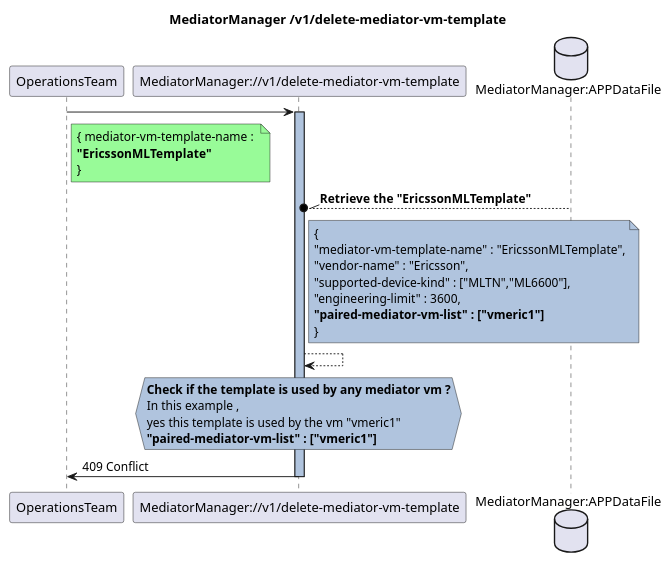
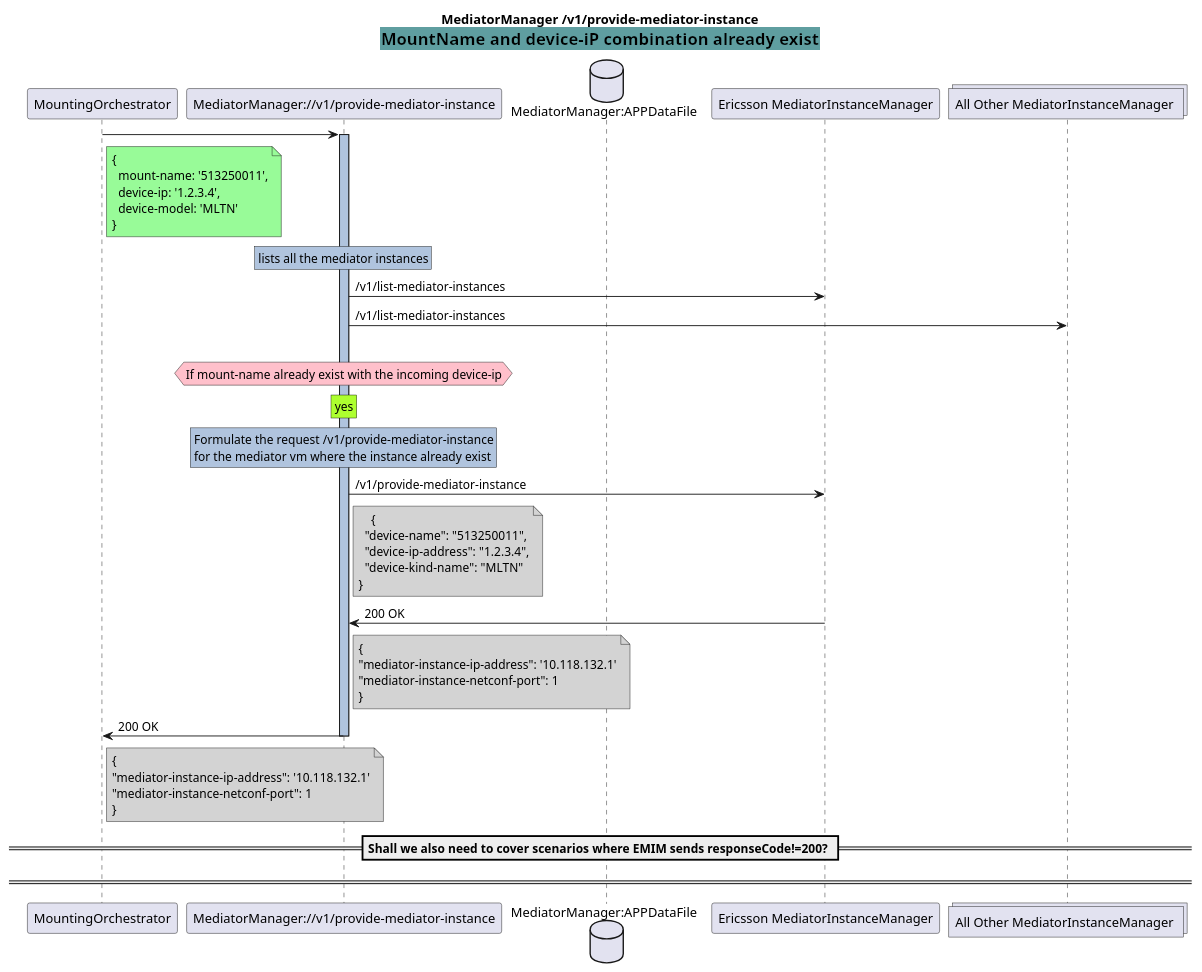
The diagram in spec/diagrams/ProvideMediatorInstance/MountNameWithCorrectIPExistForSameDeviceKindName.plantuml (PrathibaJee/MediatorManager), drawn with PlantUML before and after one commit. The commit also changed 5 other files, not shown here.

Commit message:
changes to the plant uml

```diff
--- a/spec/diagrams/ProvideMediatorInstance/MountNameWithCorrectIPExistForSameDeviceKindName.plantuml
+++ b/spec/diagrams/ProvideMediatorInstance/MountNameWithCorrectIPExistForSameDeviceKindName.plantuml
@@ -1,44 +1,76 @@
 @startuml DeleteMediatorVmTemplate
 skinparam responseMessageBelowArrow true
 
 title
-MediatorManager /v1/delete-mediator-vm-template
+MediatorManager /v1/provide-mediator-instance
+<back:cadetblue><size:18>MountName and device-iP combination already exist</size></back>
 end title
 
-participant "OperationsTeam" as OT
-participant "MediatorManager://v1/delete-mediator-vm-template" as MM
+participant "MountingOrchestrator" as MO
+participant "MediatorManager://v1/provide-mediator-instance" as MM
 database "MediatorManager:APPDataFile" as AppData
+participant "Ericsson MediatorInstanceManager" as EMIM
+collections "All Other MediatorInstanceManager " as AMIM
 
 
-OT -> MM : 
-note right OT #PaleGreen
-    { mediator-vm-template-name : 
-    <b>"EricssonMLTemplate"
+MO -> MM : 
+note right MO #PaleGreen
+    { 
+      mount-name: '513250011',
+      device-ip: '1.2.3.4',
+      device-model: 'MLTN'
     }
 end note
 activate MM #LightSteelBlue
 
- 
-AppData --\\o MM : <b>Retrieve the "EricssonMLTemplate"
-note right MM #LightSteelBlue
-    {
-    "mediator-vm-template-name" : "EricssonMLTemplate",
-    "vendor-name" : "Ericsson",
-    "supported-device-kind" : ["MLTN","ML6600"],
-    "engineering-limit" : 3600,
-    <b>"paired-mediator-vm-list" : ["vmeric1"]
-    }
+rnote over MM #LightSteelBlue
+    lists all the mediator instances
 end note
 
-MM --> MM : 
-hnote over MM #LightSteelBlue
-    <b>Check if the template is used by any mediator vm ?
-    In this example , 
-    yes this template is used by the vm "vmeric1" 
-    <b>"paired-mediator-vm-list" : ["vmeric1"]
+MM -> EMIM : /v1/list-mediator-instances
+
+MM -> AMIM : /v1/list-mediator-instances
+group mount-name already exist with the incoming device-ip
+hnote over MM #Pink
+    If mount-name already exist with the incoming device-ip
+end note
+rnote over MM #GreenYellow
+    yes
 end note
 
-MM -> OT : 409 Conflict
+rnote over MM #LightSteelBlue
+    Formulate the request /v1/provide-mediator-instance
+    for the mediator vm where the instance already exist
+end note
+
+MM -> EMIM : /v1/provide-mediator-instance
+note right MM #LightGrey
+    {
+  "device-name": "513250011",
+  "device-ip-address": "1.2.3.4",
+  "device-kind-name": "MLTN"
+}
+end note
+
+EMIM -> MM : 200 OK
+note right MM #LightGray
+        {
+        "mediator-instance-ip-address": '10.118.132.1'
+        "mediator-instance-netconf-port": 1
+        }
+end note
+
+
+MM -> MO : 200 OK
+note right MO #LightGray
+        {
+        "mediator-instance-ip-address": '10.118.132.1'
+        "mediator-instance-netconf-port": 1
+        }
+end note
+== Shall we also need to cover scenarios where EMIM sends responseCode!=200? ==
+== ==
+
 deactivate MM
 
 @enduml
```
